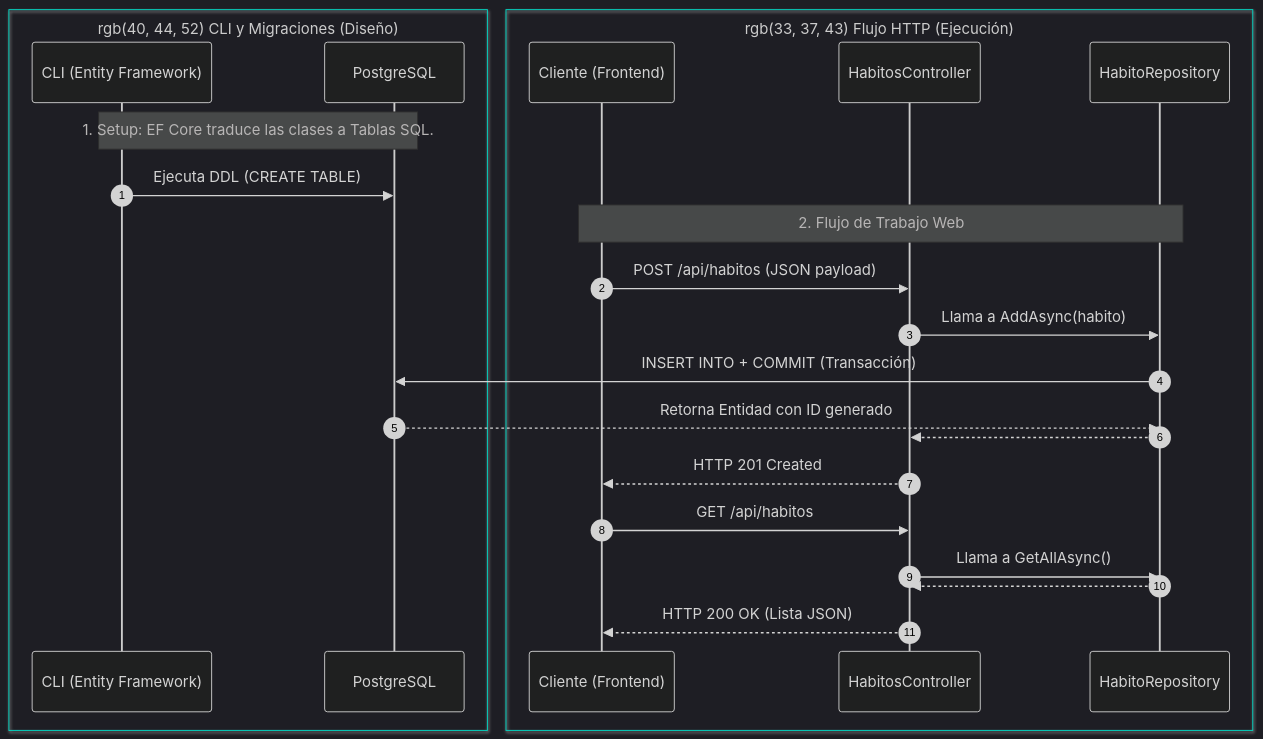
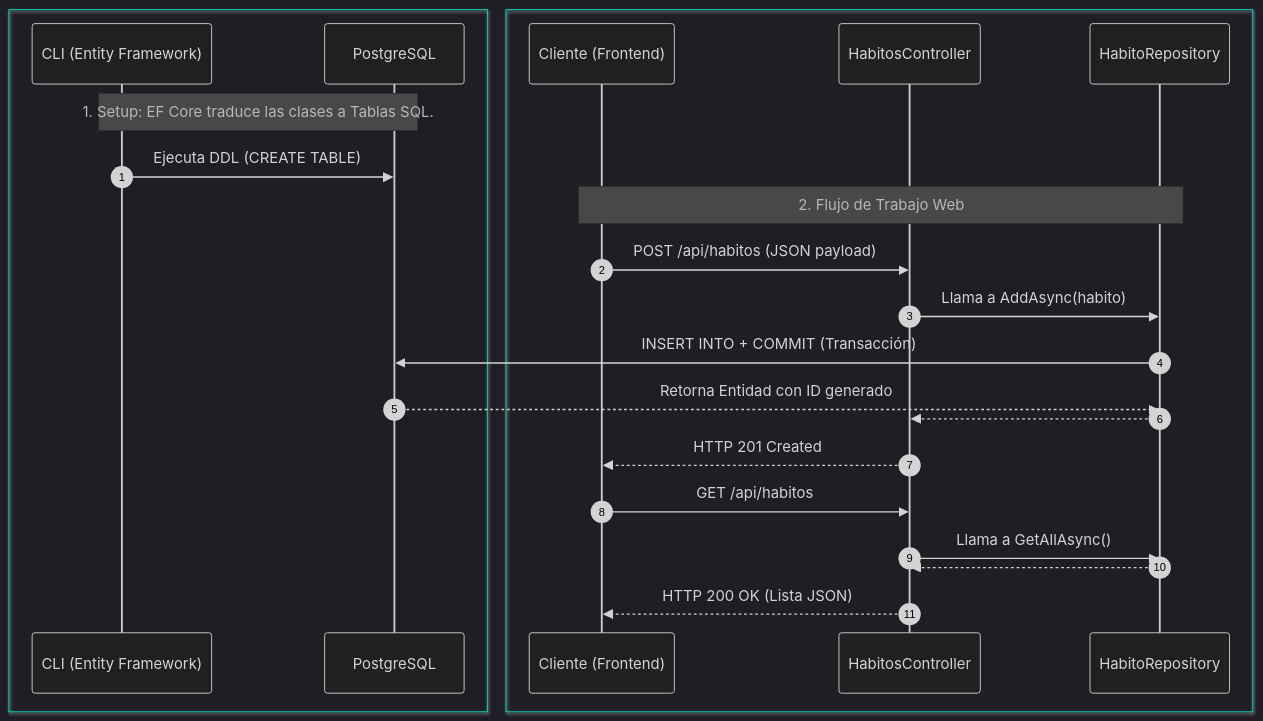
One commit to ConsSorto/ConsSorto.github.io changed the diagram in is-912/fase-1/6.md. Above: the diagram before and after it, drawn with Mermaid.

Commit message:
fix: corregir sintaxis de colores rgb en las cajas del sequenceDiagram de la clase 6

````diff
--- a/is-912/fase-1/6.md
+++ b/is-912/fase-1/6.md
@@ -20,32 +20,32 @@
 ```mermaid
 %%{init: {'theme': 'dark', 'themeVariables': { 'lineColor': '#BB86FC', 'primaryColor': '#3700B3', 'nodeBorder': '#03DAC6' }}}%%
 sequenceDiagram
     autonumber
     
-    box rgb(40, 44, 52) CLI y Migraciones (Diseño)
+    box #282C34 CLI y Migraciones (Diseño)
         participant EF as CLI (Entity Framework)
         participant DB as PostgreSQL
     end
     
-    box rgb(33, 37, 43) Flujo HTTP (Ejecución)
+    box #21252B Flujo HTTP (Ejecución)
         participant React as Cliente (Frontend)
         participant API as HabitosController
         participant Repo as HabitoRepository
     end
 
     Note over EF,DB: 1. Setup: EF Core traduce las clases a Tablas SQL.
     EF->>DB: Ejecuta DDL (CREATE TABLE)
     
     Note over React,Repo: 2. Flujo de Trabajo Web
     React->>API: POST /api/habitos (JSON payload)
     API->>Repo: Llama a AddAsync(habito)
     Repo->>DB: INSERT INTO + COMMIT (Transacción)
     DB-->>Repo: Retorna Entidad con ID generado
     Repo-->>API: 
     API-->>React: HTTP 201 Created
     
     React->>API: GET /api/habitos
     API->>Repo: Llama a GetAllAsync()
     Repo-->>API: 
     API-->>React: HTTP 200 OK (Lista JSON)
 ```
````
